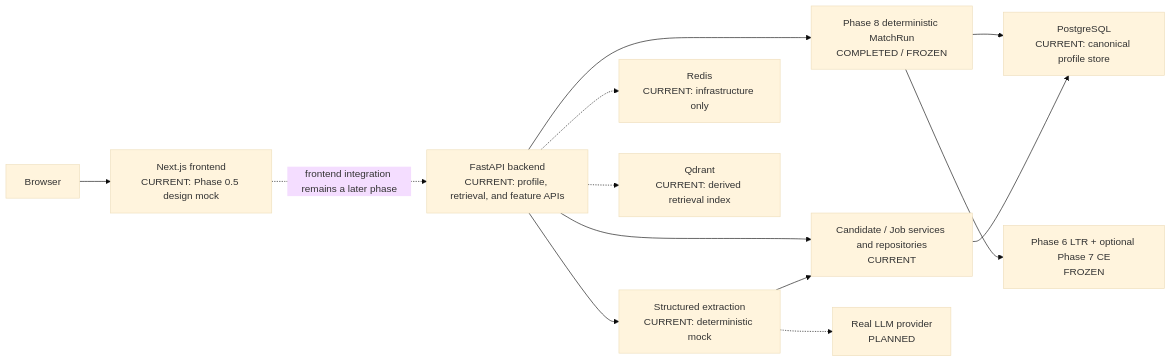
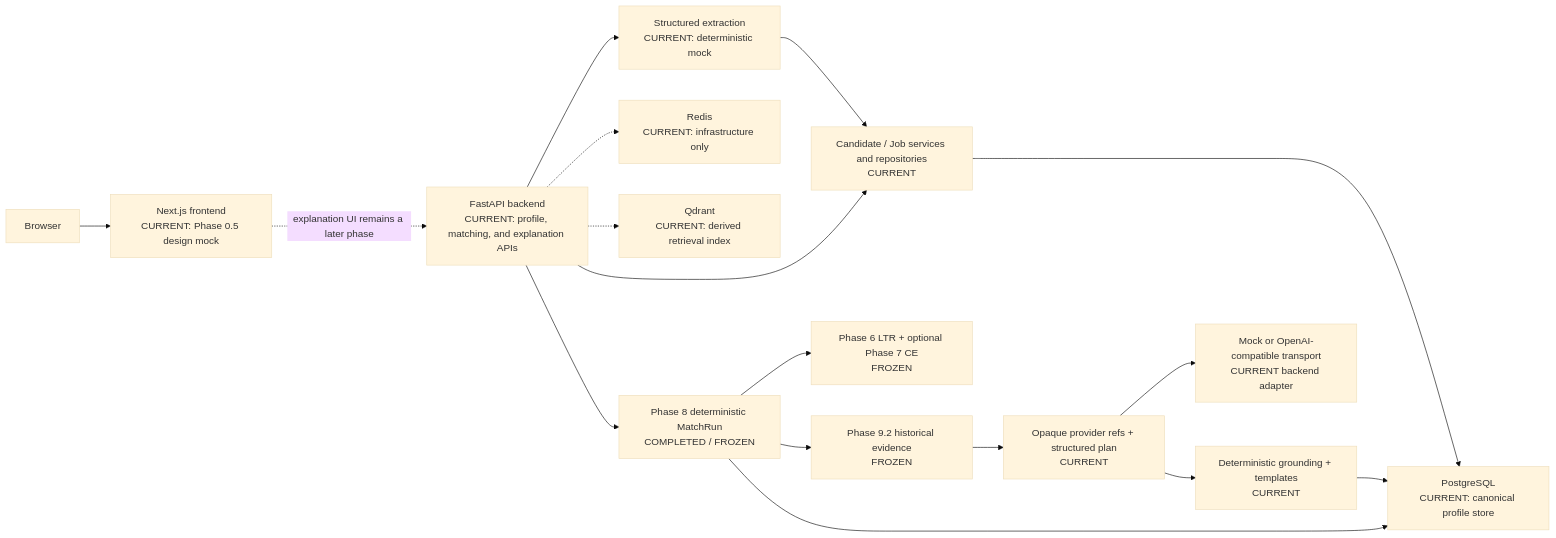
One commit to rM0on/peoplematch-agent changed the second of 2 diagrams in README.md. Above: the diagram before and after it, drawn with Mermaid (base theme). The commit also changed other lines of this file and 44 other files, not shown here.

Commit message:
feat: finalize evidence-grounded explanation generation pipeline

````diff
--- a/README.md
+++ b/README.md
@@ -59,15 +59,19 @@
 ```mermaid
 flowchart LR
     Browser["Browser"] --> Web["Next.js frontend\nCURRENT: Phase 0.5 design mock"]
-    Web -. "frontend integration remains a later phase" .-> API["FastAPI backend\nCURRENT: profile, retrieval, and feature APIs"]
+    Web -. "explanation UI remains a later phase" .-> API["FastAPI backend\nCURRENT: profile, matching, and explanation APIs"]
     API --> Extract["Structured extraction\nCURRENT: deterministic mock"]
     Extract --> Domain["Candidate / Job services and repositories\nCURRENT"]
     API --> Domain
     Domain --> PG["PostgreSQL\nCURRENT: canonical profile store"]
     API -.-> Redis["Redis\nCURRENT: infrastructure only"]
     API -.-> Qdrant["Qdrant\nCURRENT: derived retrieval index"]
     API --> Runs["Phase 8 deterministic MatchRun\nCOMPLETED / FROZEN"]
     Runs --> Matching["Phase 6 LTR + optional Phase 7 CE\nFROZEN"]
+    Runs --> Evidence["Phase 9.2 historical evidence\nFROZEN"]
+    Evidence --> Plan["Opaque provider refs + structured plan\nCURRENT"]
+    Plan --> Render["Deterministic grounding + templates\nCURRENT"]
+    Render --> PG
+    Plan --> AI["Mock or OpenAI-compatible transport\nCURRENT backend adapter"]
     Runs --> PG
-    Extract -.-> AI["Real LLM provider\nPLANNED"]
 ```
````
